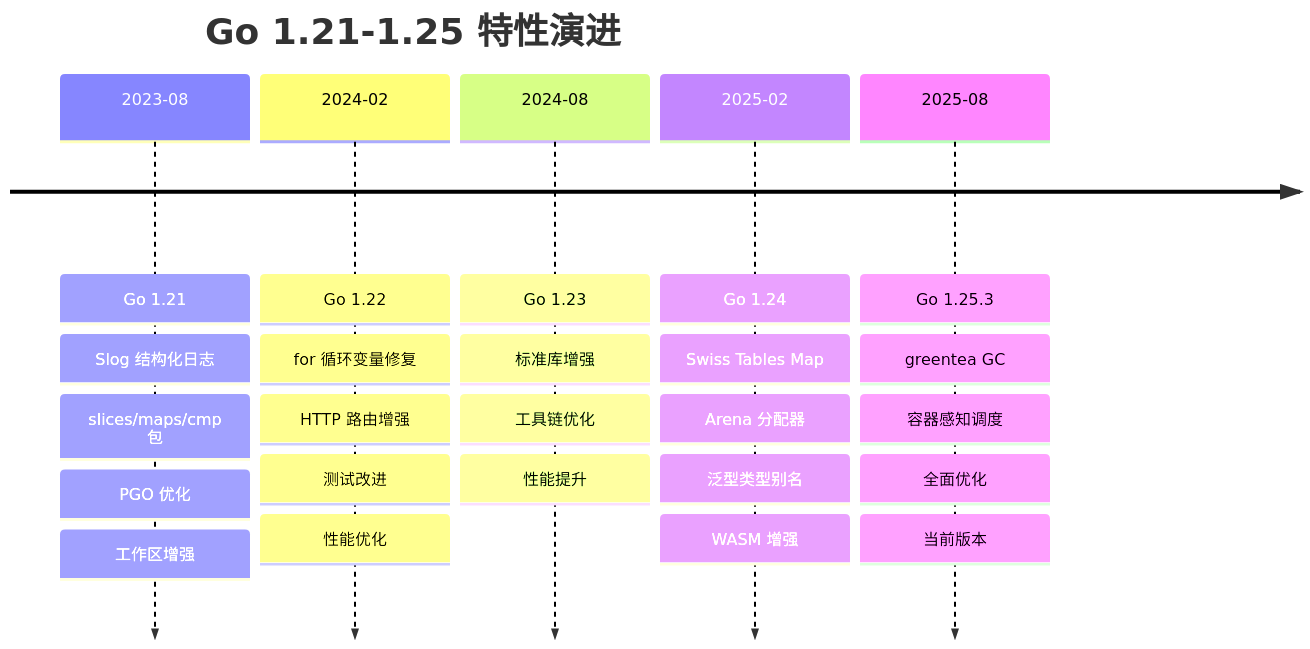
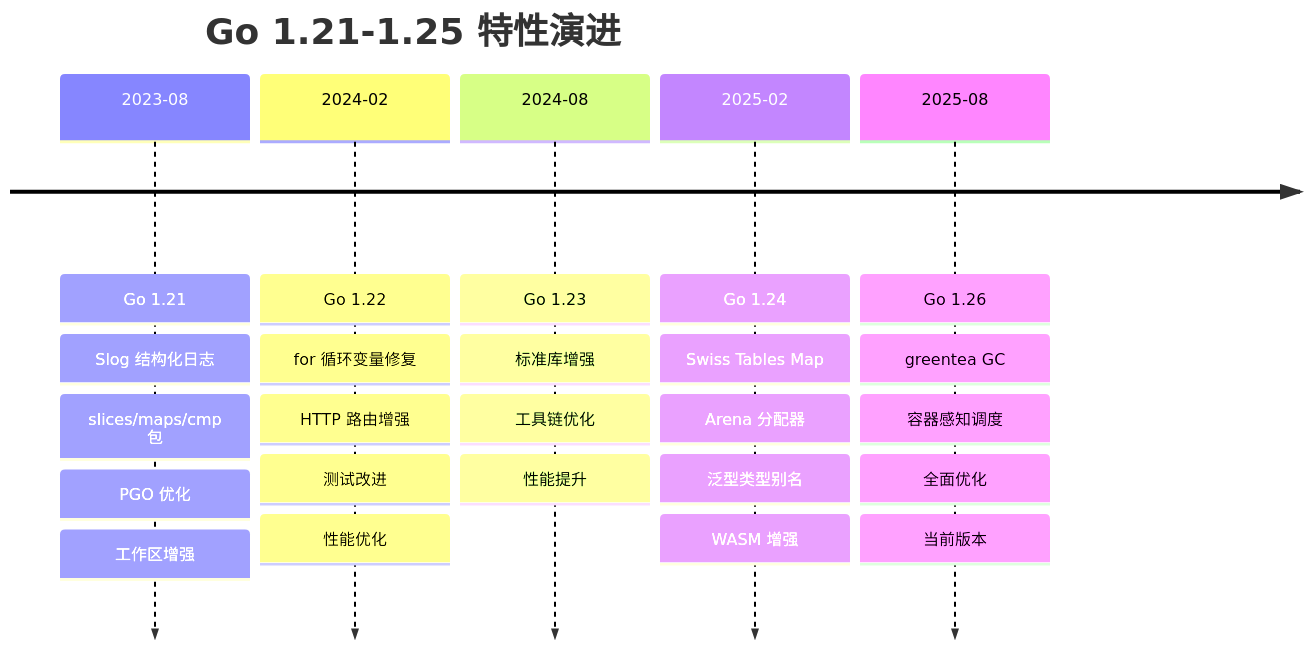
One commit to AdaMartin18010/golang changed the second of 7 diagrams in docs/architecture/00-Go-1.25.3技术栈对齐.md. Above: the diagram before and after it, drawn with Mermaid. The commit also changed other lines of this file and 523 other files, not shown here.

````diff
--- a/docs/architecture/00-Go-1.25.3技术栈对齐.md
+++ b/docs/architecture/00-Go-1.25.3技术栈对齐.md
@@ -145,28 +145,28 @@
 ```mermaid
 timeline
     title Go 1.21-1.25 特性演进
     2023-08 : Go 1.21
             : Slog 结构化日志
             : slices/maps/cmp 包
             : PGO 优化
             : 工作区增强
     2024-02 : Go 1.22
             : for 循环变量修复
             : HTTP 路由增强
             : 测试改进
             : 性能优化
     2024-08 : Go 1.23
             : 标准库增强
             : 工具链优化
             : 性能提升
     2025-02 : Go 1.24
             : Swiss Tables Map
             : Arena 分配器
             : 泛型类型别名
             : WASM 增强
-    2025-08 : Go 1.25.3
+    2025-08 : Go 1.26
             : greentea GC
             : 容器感知调度
             : 全面优化
             : 当前版本
 ```
````
